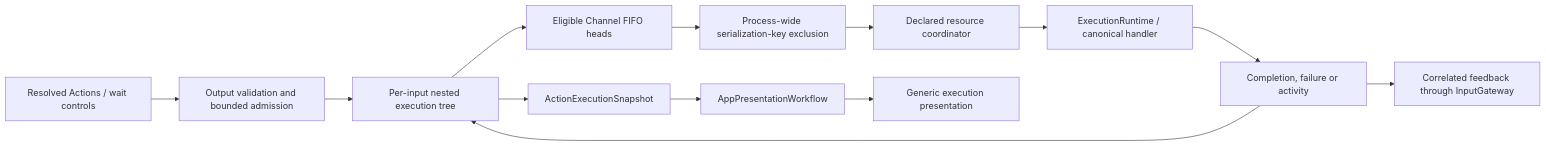
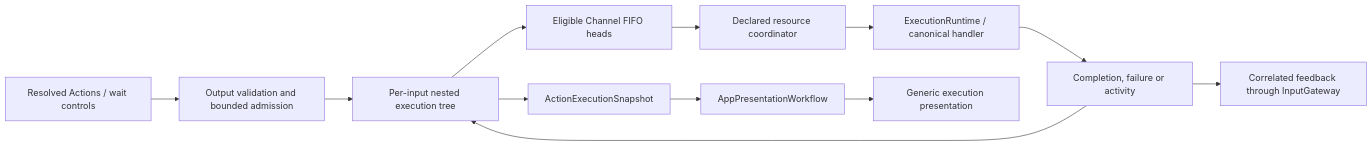
Diagram 11 of 35 in MobileHarness/README.md (devilyouwei/MobileHarness), drawn with Mermaid before and after one commit. The commit also changed other lines of this file and 456 other files, not shown here.

````diff
--- a/MobileHarness/README.md
+++ b/MobileHarness/README.md
@@ -841,15 +840,14 @@
 ```mermaid
 flowchart LR
     Calls[Resolved Actions / wait controls] --> Admission[Output validation and bounded admission]
     Admission --> Tree[Per-input nested execution tree]
     Tree --> Heads[Eligible Channel FIFO heads]
-    Heads --> Module[Process-wide serialization-key exclusion]
-    Module --> Resource[Declared resource coordinator]
+    Heads --> Resource[Declared resource coordinator]
     Resource --> Runtime[ExecutionRuntime / canonical handler]
     Runtime --> Result[Completion, failure or activity]
     Result --> Tree
     Result --> Feedback[Correlated feedback through InputGateway]
     Tree --> Snapshot[ActionExecutionSnapshot]
     Snapshot --> Presentation[AppPresentationWorkflow]
     Presentation --> UI[Generic execution presentation]
 ```
````
